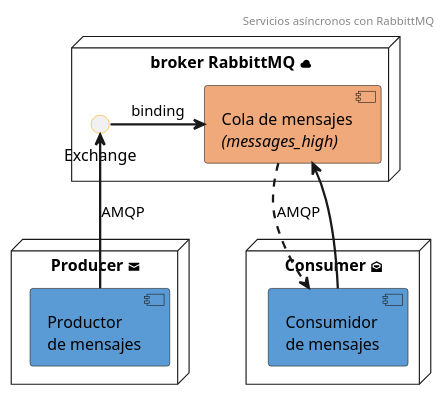
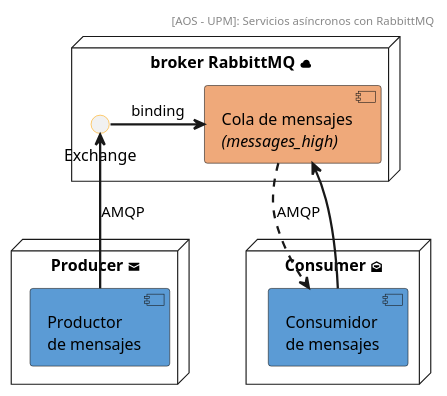
Before and after one commit to FJavierGil/demoMessenger: the diagram in DiagramaComponentes.puml, drawn with PlantUML. The commit also changed 6 other files, not shown here.

```diff
--- a/DiagramaComponentes.puml
+++ b/DiagramaComponentes.puml
@@ -1,41 +1,41 @@
 @startuml
 skinparam componentStyle uml2
 skinparam sequenceArrowThickness 2
 
 skinparam interface {
   borderColor orange
 }
 
-header Servicios asíncronos con RabbittMQ
+header [AOS - UPM]: Servicios asíncronos con RabbittMQ
 
 node "Producer <&envelope-closed>" {
   component "Productor\nde mensajes" as producer #5B9BD5
 }
 
 node "Consumer <&envelope-open>" {
   component "Consumidor\nde mensajes" as consumer #5B9BD5
 }
 'note right
 'consume los
 'mensajes
 'bajo demanda
 'end note
 
 node "broker RabbittMQ <&cloud>" {
   component cola #efa97a [
     Cola de mensajes
     //(messages_high)//
   ]
   interface Exchange
 '  note left
 '    high
 '  end note
 
   producer -up-> Exchange: AMQP
   Exchange -right-> cola: binding
 
   cola .down.> consumer: AMQP
   consumer -up-> cola
 }
 
 @enduml
```
